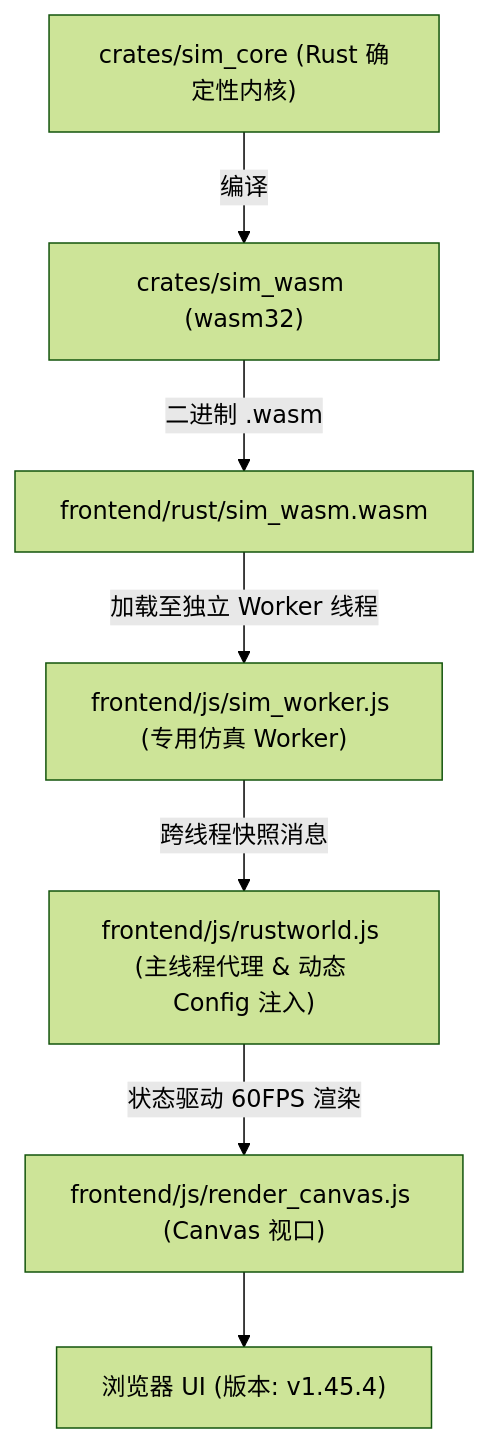
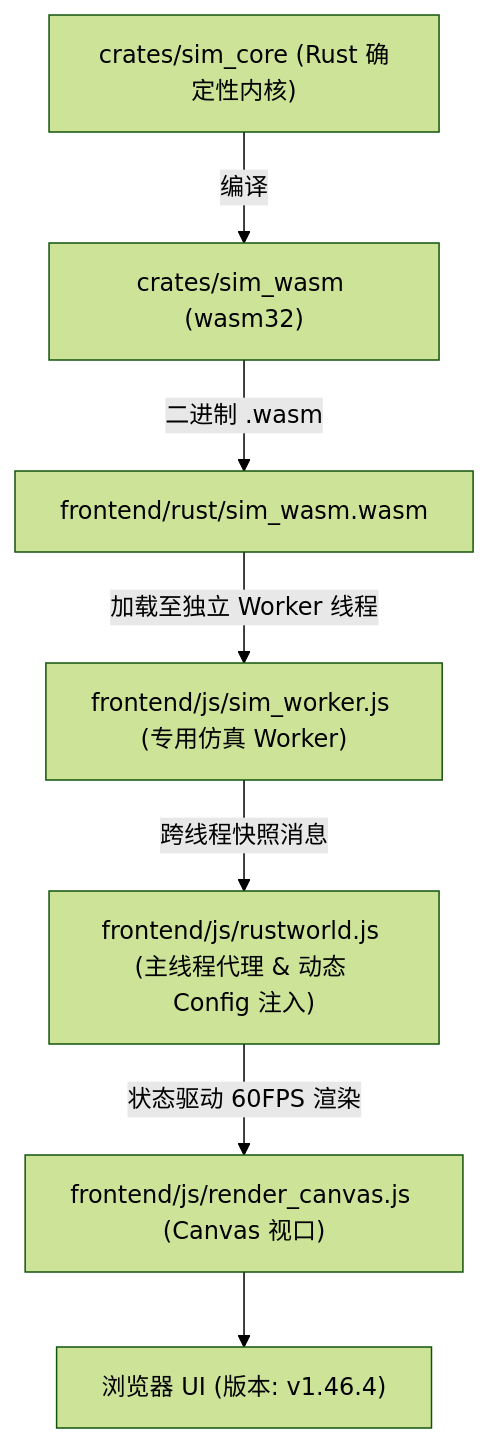
The diagram in AGENTS.md (g39088902/FlowAndAccord), drawn with Mermaid (forest theme) before and after one commit. The commit also changed other lines of this file and 52 other files, not shown here.

````diff
--- a/AGENTS.md
+++ b/AGENTS.md
@@ -59,9 +59,9 @@
 ```mermaid
 graph TD
     A["crates/sim_core (Rust 确定性内核)"] -->|编译| B["crates/sim_wasm (wasm32)"]
     B -->|二进制 .wasm| C["frontend/rust/sim_wasm.wasm"]
     C -->|加载至独立 Worker 线程| D["frontend/js/sim_worker.js (专用仿真 Worker)"]
     D -->|跨线程快照消息| E["frontend/js/rustworld.js (主线程代理 & 动态 Config 注入)"]
     E -->|状态驱动 60FPS 渲染| F["frontend/js/render_canvas.js (Canvas 视口)"]
-    F --> G["浏览器 UI (版本: v1.45.4)"]
+    F --> G["浏览器 UI (版本: v1.46.4)"]
 ```
````
